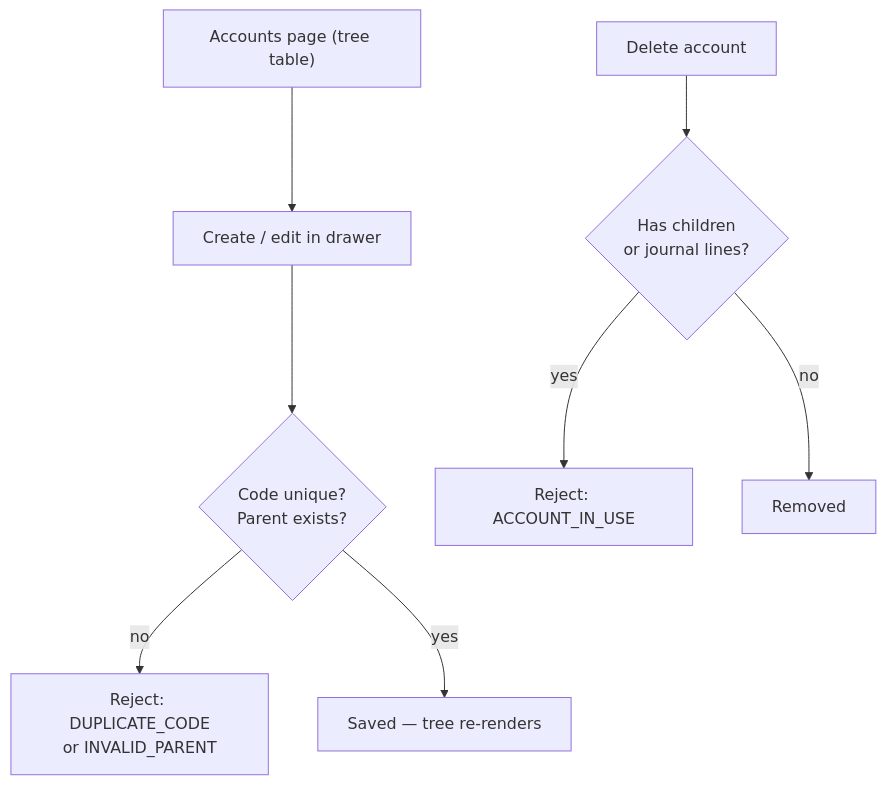
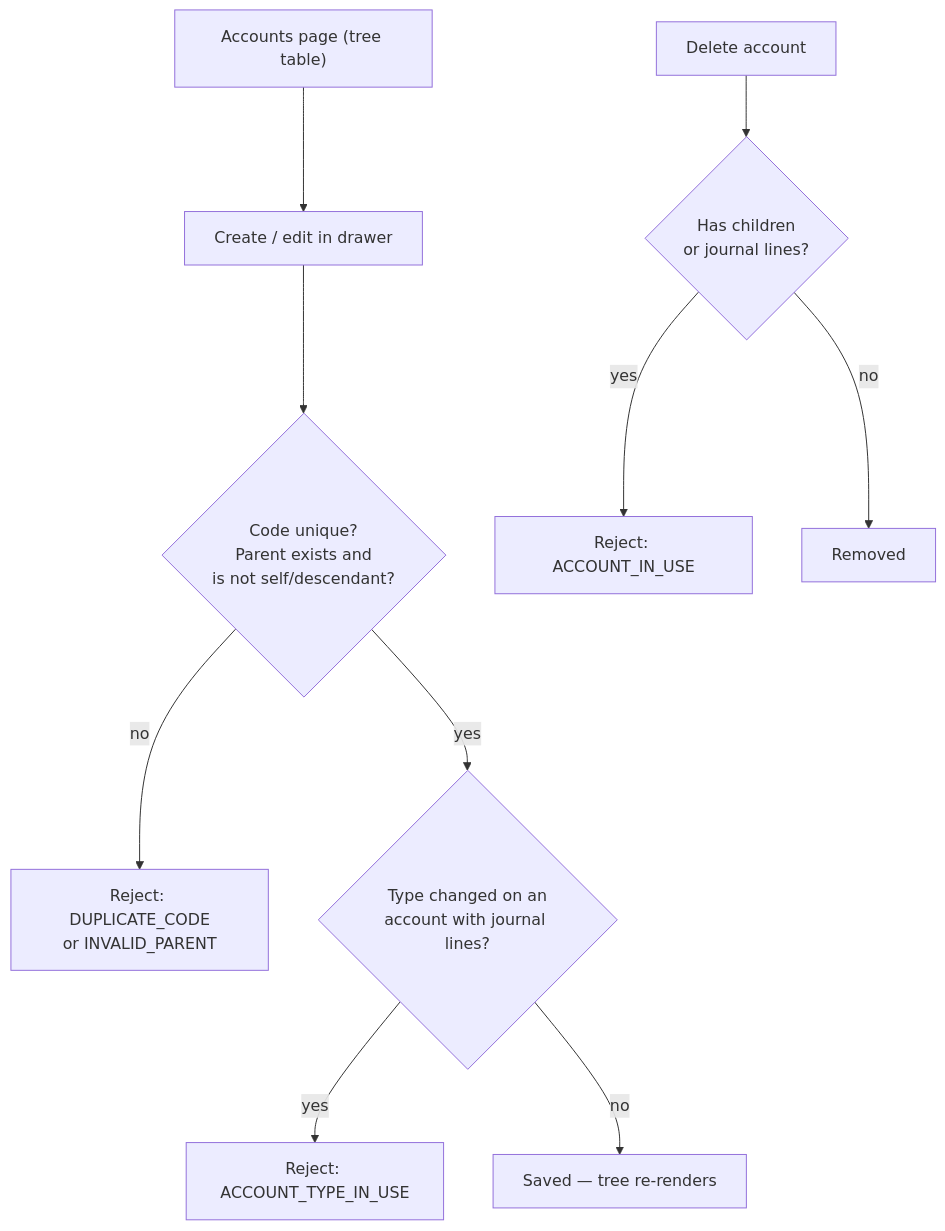
The sixth of 11 diagrams in docs/WORKFLOWS.md (ahmed-226/ERP-Suite), drawn with Mermaid before and after one commit. The commit also changed other lines of this file and 5 other files, not shown here.

Commit message:
fix(accounts): reject hierarchy cycles and type changes on used accounts

````diff
--- a/docs/WORKFLOWS.md
+++ b/docs/WORKFLOWS.md
@@ -96,10 +96,12 @@
 ```mermaid
 flowchart TD
     A["Accounts page (tree table)"] --> B["Create / edit in drawer"]
-    B --> C{"Code unique?<br/>Parent exists?"}
+    B --> C{"Code unique?<br/>Parent exists and<br/>is not self/descendant?"}
     C -- "no" --> D["Reject: DUPLICATE_CODE<br/>or INVALID_PARENT"]
-    C -- "yes" --> E["Saved — tree re-renders"]
+    C -- "yes" --> T{"Type changed on an<br/>account with journal lines?"}
+    T -- "yes" --> U["Reject: ACCOUNT_TYPE_IN_USE"]
+    T -- "no" --> E["Saved — tree re-renders"]
     F["Delete account"] --> G{"Has children<br/>or journal lines?"}
     G -- "yes" --> H["Reject: ACCOUNT_IN_USE"]
     G -- "no" --> I["Removed"]
 ```
````
